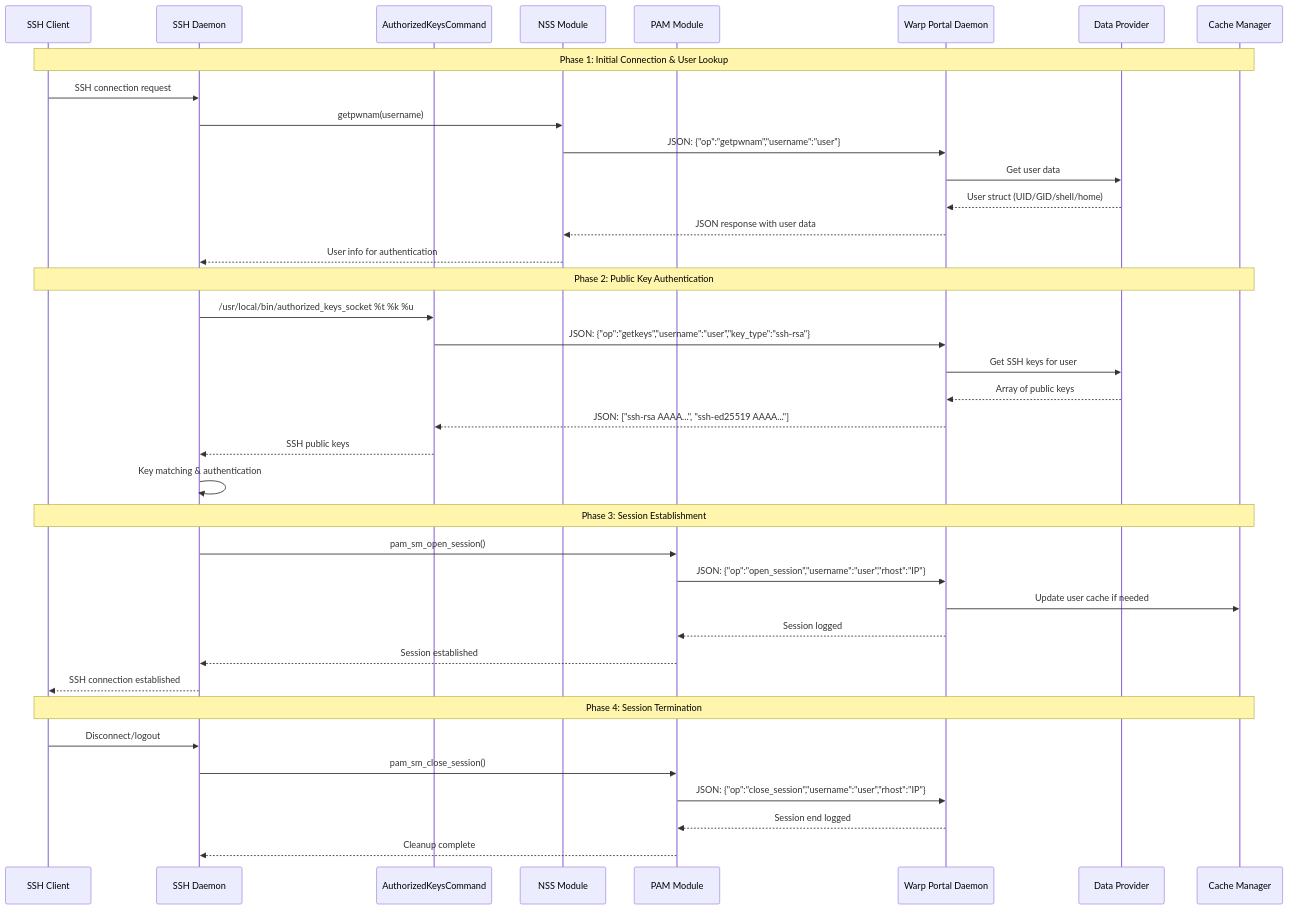
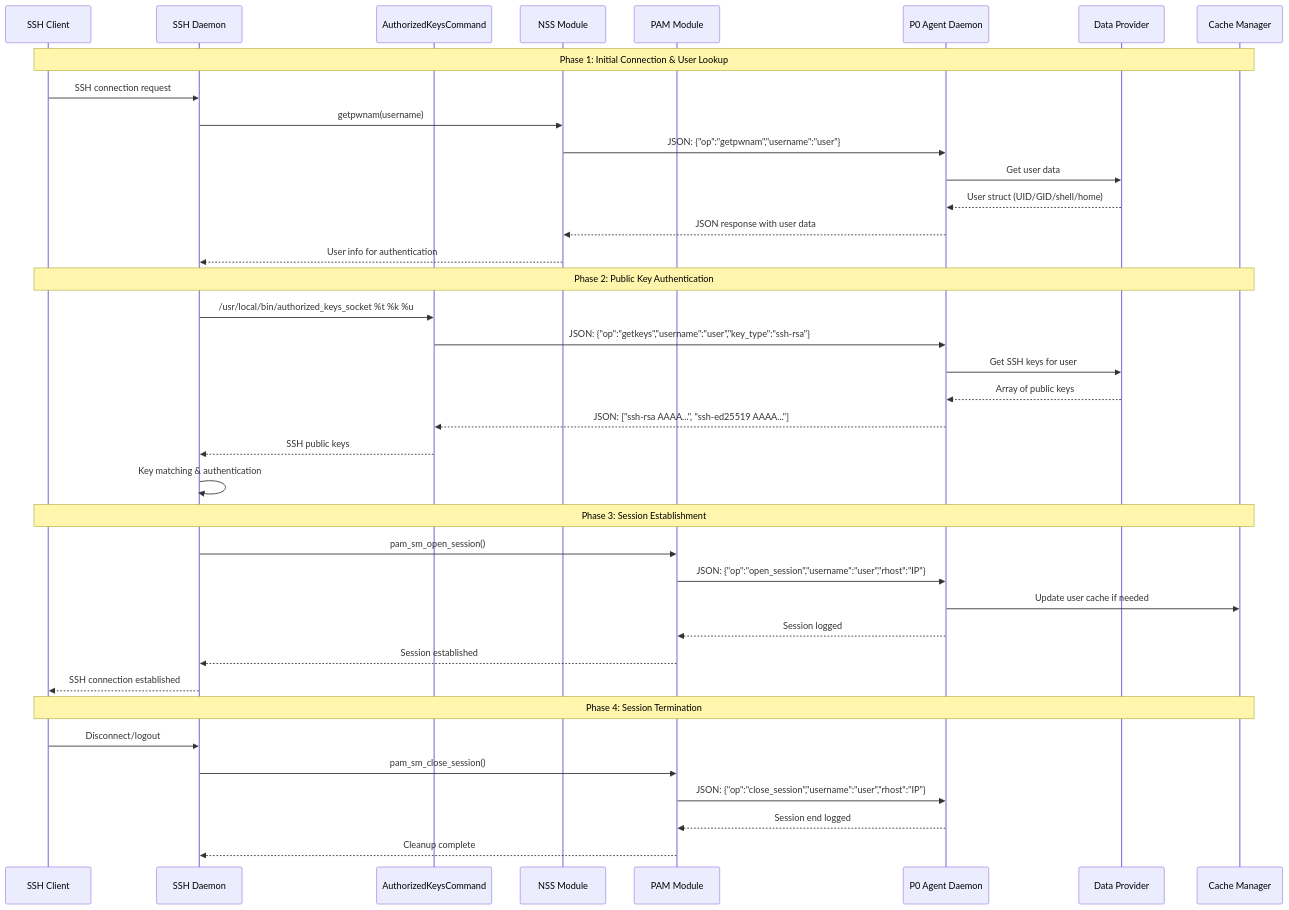
Before and after one commit to GGonryun/warp-portal: the first of 2 diagrams in README.md, drawn with Mermaid. The commit also changed other lines of this file and 36 other files, not shown here.

````diff
--- a/README.md
+++ b/README.md
@@ -115,44 +115,44 @@
 ```mermaid
 sequenceDiagram
     participant SSHClient as SSH Client
     participant SSHDaemon as SSH Daemon
     participant AuthKeys as AuthorizedKeysCommand
     participant NSS as NSS Module
     participant PAM as PAM Module
-    participant Daemon as Warp Portal Daemon
+    participant Daemon as P0 Agent Daemon
     participant Provider as Data Provider
     participant Cache as Cache Manager
 
     Note over SSHClient,Cache: Phase 1: Initial Connection & User Lookup
     SSHClient->>SSHDaemon: SSH connection request
     SSHDaemon->>NSS: getpwnam(username)
     NSS->>Daemon: JSON: {"op":"getpwnam","username":"user"}
     Daemon->>Provider: Get user data
     Provider-->>Daemon: User struct (UID/GID/shell/home)
     Daemon-->>NSS: JSON response with user data
     NSS-->>SSHDaemon: User info for authentication
 
     Note over SSHClient,Cache: Phase 2: Public Key Authentication
     SSHDaemon->>AuthKeys: /usr/local/bin/authorized_keys_socket %t %k %u
     AuthKeys->>Daemon: JSON: {"op":"getkeys","username":"user","key_type":"ssh-rsa"}
     Daemon->>Provider: Get SSH keys for user
     Provider-->>Daemon: Array of public keys
     Daemon-->>AuthKeys: JSON: ["ssh-rsa AAAA...", "ssh-ed25519 AAAA..."]
     AuthKeys-->>SSHDaemon: SSH public keys
     SSHDaemon->>SSHDaemon: Key matching & authentication
 
     Note over SSHClient,Cache: Phase 3: Session Establishment
     SSHDaemon->>PAM: pam_sm_open_session()
     PAM->>Daemon: JSON: {"op":"open_session","username":"user","rhost":"IP"}
     Daemon->>Cache: Update user cache if needed
     Daemon-->>PAM: Session logged
     PAM-->>SSHDaemon: Session established
     SSHDaemon-->>SSHClient: SSH connection established
 
     Note over SSHClient,Cache: Phase 4: Session Termination
     SSHClient->>SSHDaemon: Disconnect/logout
     SSHDaemon->>PAM: pam_sm_close_session()
     PAM->>Daemon: JSON: {"op":"close_session","username":"user","rhost":"IP"}
     Daemon-->>PAM: Session end logged
     PAM-->>SSHDaemon: Cleanup complete
 ```
````
